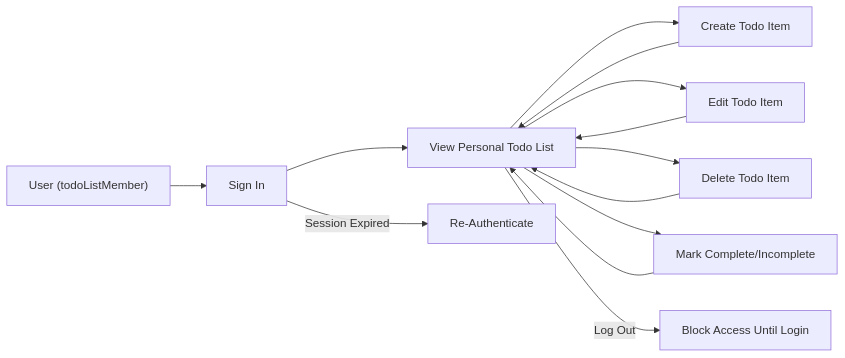
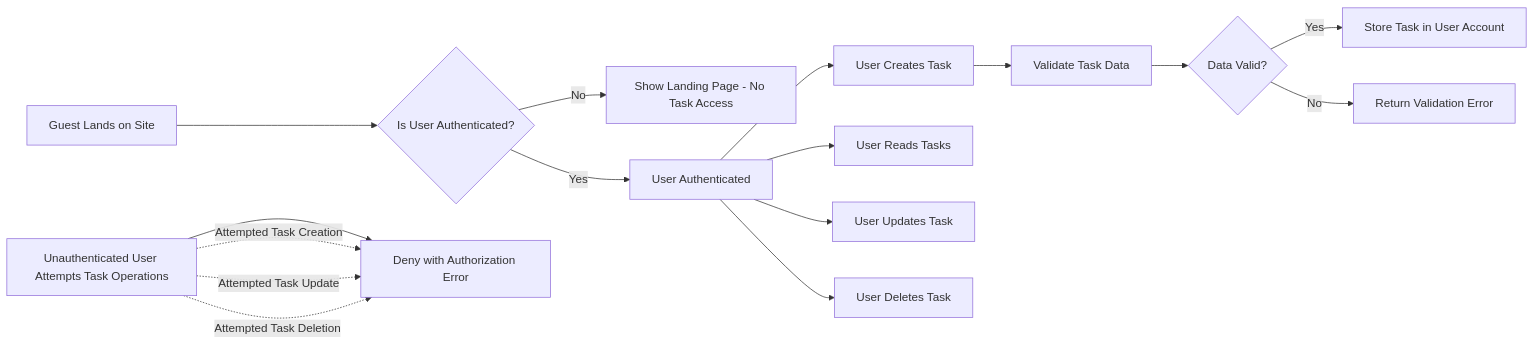
One commit to wrtnlabs/autobe-examples changed the diagram in openai/gpt-4.1-mini/todo/docs/analysis/01-service-overview.md. Above: the diagram before and after it, drawn with Mermaid. The commit also changed other lines of this file and 1725 other files, not shown here.

````diff
--- a/openai/gpt-4.1-mini/todo/docs/analysis/01-service-overview.md
+++ b/openai/gpt-4.1-mini/todo/docs/analysis/01-service-overview.md
@@ -69,15 +55,22 @@
 ```mermaid
 graph LR
-  U["User (todoListMember)"] --> S["Sign In"]
-  S --> L["View Personal Todo List"]
-  L --> C["Create Todo Item"]
-  L --> E["Edit Todo Item"]
-  L --> D["Delete Todo Item"]
-  L --> M["Mark Complete/Incomplete"]
-  C --> L
-  E --> L
-  D --> L
-  M --> L
-  S -- "Session Expired" --> X["Re-Authenticate"]
-  L -- "Log Out" --> O["Block Access Until Login"]
+  A["Guest Lands on Site"] --> B{"Is User Authenticated?"}
+  B -->|"No"| C["Show Landing Page - No Task Access"]
+  B -->|"Yes"| D["User Authenticated"]
+  D --> E["User Creates Task"]
+  E --> F["Validate Task Data"]
+  F --> G{"Data Valid?"}
+  G -->|"Yes"| H["Store Task in User Account"]
+  G -->|"No"| I["Return Validation Error"]
+  D --> J["User Reads Tasks"]
+  D --> K["User Updates Task"]
+  D --> L["User Deletes Task"]
+  M["Unauthenticated User Attempts Task Operations"] --> N["Deny with Authorization Error"]
+
+  click A href "https://example.com/landing" "Landing Page"
+  click D href "https://example.com/user-dashboard" "User Dashboard"
+
+  M -.->|"Attempted Task Creation"| N
+  M -.->|"Attempted Task Update"| N
+  M -.->|"Attempted Task Deletion"| N
 ```
````
